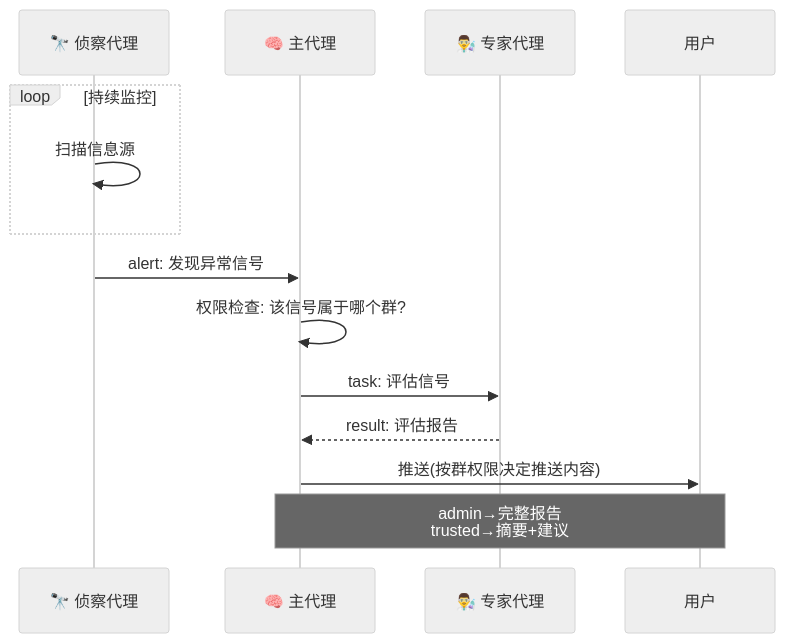
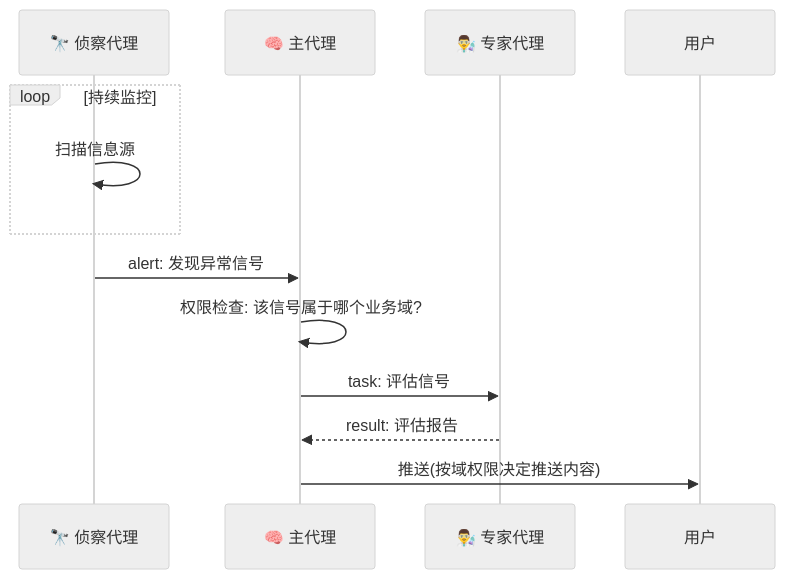
The seventh of 11 diagrams in docs/distributed-multi-agent-architecture.md (forestlei/hermes-agent), drawn with Mermaid (neutral theme) before and after one commit. The commit also changed other lines of this file and 1 other file, not shown here.

````diff
--- a/docs/distributed-multi-agent-architecture.md
+++ b/docs/distributed-multi-agent-architecture.md
@@ -922,17 +1077,16 @@
 ```mermaid
 sequenceDiagram
     participant S as 🔭 侦察代理
     participant B as 🧠 主代理
     participant E as 👨‍🔬 专家代理
     participant U as 用户
 
     loop 持续监控
         S->>S: 扫描信息源
     end
     S->>B: alert: 发现异常信号
-    B->>B: 权限检查: 该信号属于哪个群?
+    B->>B: 权限检查: 该信号属于哪个业务域?
     B->>E: task: 评估信号
     E-->>B: result: 评估报告
-    B->>U: 推送(按群权限决定推送内容)
-    Note over B,U: admin→完整报告<br/>trusted→摘要+建议
+    B->>U: 推送(按域权限决定推送内容)
 ```
````
